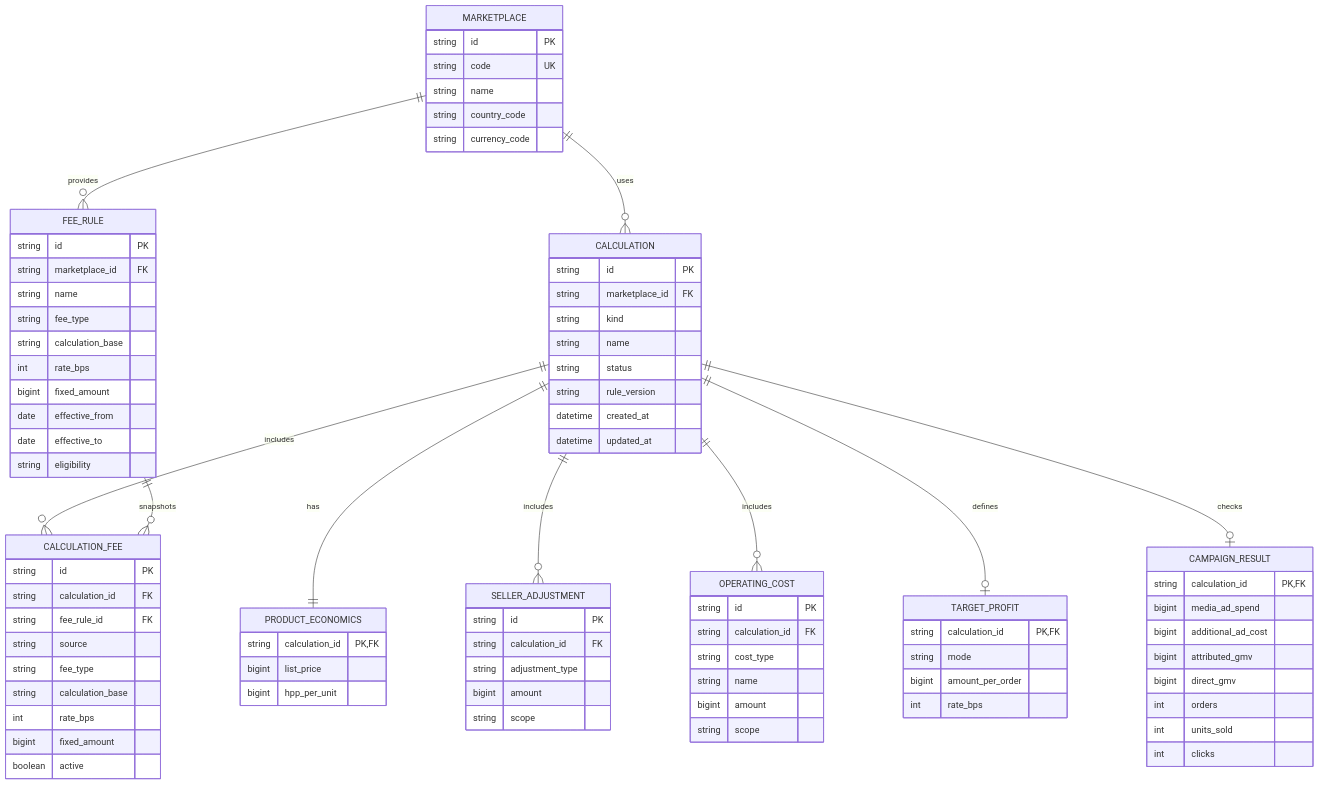
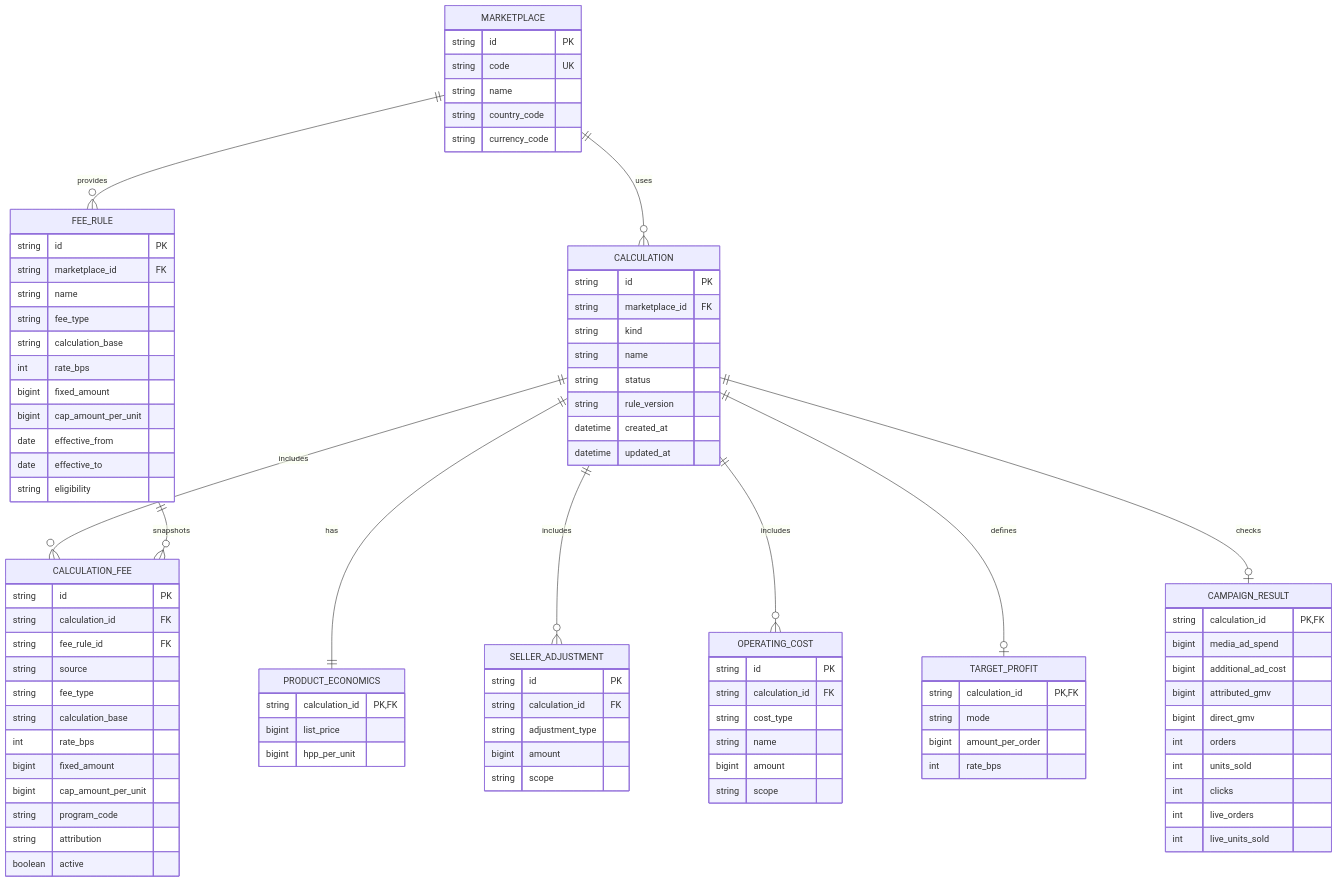
The diagram in docs/ERD.md (Naufalfairuza/GoProfit), drawn with Mermaid before and after one commit. The commit also changed other lines of this file and 40 other files, not shown here.

````diff
--- a/docs/ERD.md
+++ b/docs/ERD.md
@@ -33,6 +33,7 @@
         string calculation_base
         int rate_bps
         bigint fixed_amount
+        bigint cap_amount_per_unit
         date effective_from
         date effective_to
         string eligibility
@@ -72,6 +73,9 @@
         string calculation_base
         int rate_bps
         bigint fixed_amount
+        bigint cap_amount_per_unit
+        string program_code
+        string attribution
         boolean active
     }
 
@@ -100,5 +104,7 @@
         int orders
         int units_sold
         int clicks
+        int live_orders
+        int live_units_sold
     }
 ```
````
